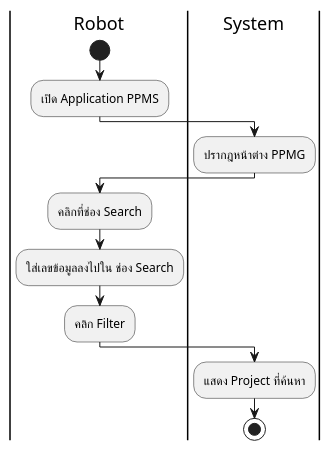
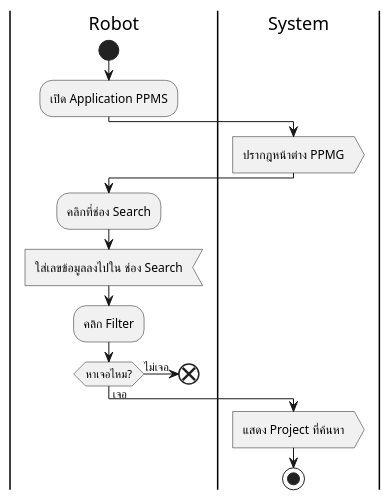
One commit to Meenkonlapat/RPA-Project changed the diagram in Robot Activity/u5-search Projects.wsd. Above: the diagram before and after it, drawn with PlantUML. The commit also changed 4 other files, not shown here.

```diff
--- a/Robot Activity/u5-search Projects.wsd
+++ b/Robot Activity/u5-search Projects.wsd
@@ -1,14 +1,20 @@
 @startuml
 |Robot|
 start
 :เปิด Application PPMS;
 |System|
-:ปรากฎหน้าต่าง PPMG;
+:ปรากฎหน้าต่าง PPMG>
 |Robot|
 :คลิกที่ช่อง Search;
-:ใส่เลขข้อมูลลงไปใน ช่อง Search;
+:ใส่เลขข้อมูลลงไปใน ช่อง Search<
 :คลิก Filter;
+if(หาเจอไหม?) then (เจอ)
 |System|
-:แสดง Project ที่ค้นหา; 
+:แสดง Project ที่ค้นหา>
+else(ไม่เจอ)
+|Robot|
+end
+|System|
+endif
 stop
 @enduml
```
